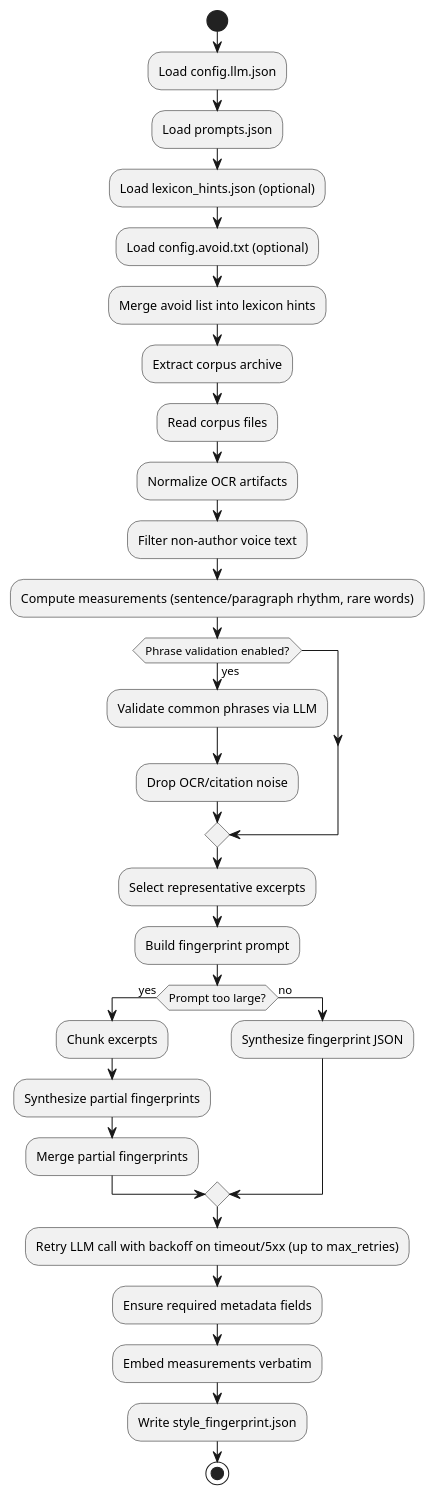
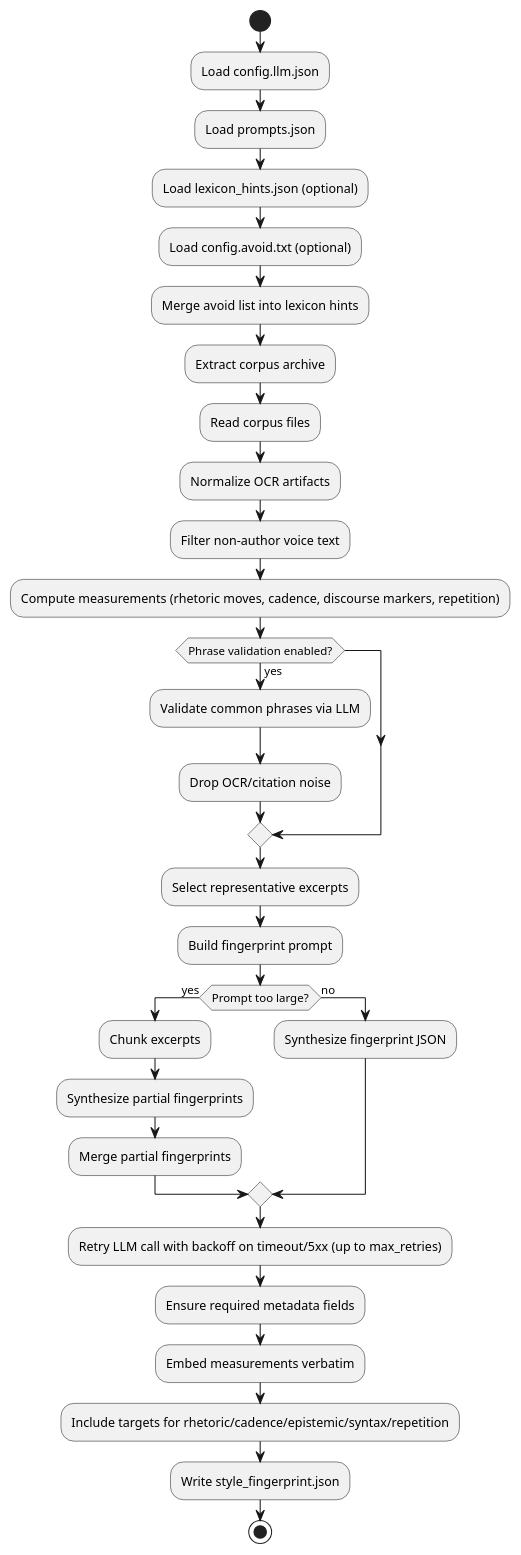
One commit to ngpepin/stylometric-transfer changed the second of 3 diagrams in UML-Fingerprint.md. Above: the diagram before and after it, drawn with PlantUML. The commit also changed other lines of this file and 10 other files, not shown here.

````diff
--- a/UML-Fingerprint.md
+++ b/UML-Fingerprint.md
@@ -77,39 +78,40 @@
 ```plantuml
 @startuml
 start
 :Load config.llm.json;
 :Load prompts.json;
 :Load lexicon_hints.json (optional);
 :Load config.avoid.txt (optional);
 :Merge avoid list into lexicon hints;
 
 :Extract corpus archive;
 :Read corpus files;
 :Normalize OCR artifacts;
 :Filter non-author voice text;
-:Compute measurements (sentence/paragraph rhythm, rare words);
+:Compute measurements (rhetoric moves, cadence, discourse markers, repetition);
 
 if (Phrase validation enabled?) then (yes)
   :Validate common phrases via LLM;
   :Drop OCR/citation noise;
 endif
 
 :Select representative excerpts;
 :Build fingerprint prompt;
 
 if (Prompt too large?) then (yes)
   :Chunk excerpts;
   :Synthesize partial fingerprints;
   :Merge partial fingerprints;
 else (no)
   :Synthesize fingerprint JSON;
 endif
 
 :Retry LLM call with backoff on timeout/5xx (up to max_retries);
 
 :Ensure required metadata fields;
 :Embed measurements verbatim;
+:Include targets for rhetoric/cadence/epistemic/syntax/repetition;
 :Write style_fingerprint.json;
 stop
 @enduml
 ```
````
